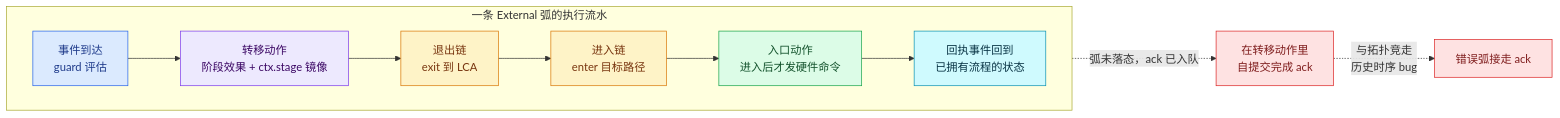
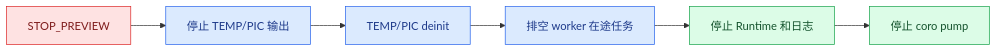
The second of 6 diagrams in docs/example_ISP_pipeline_design_architecture_zh.md (DeguiLiu/coact), drawn with Mermaid before and after one commit. The commit also changed other lines of this file and 8 other files, not shown here.

````diff
--- a/docs/example_ISP_pipeline_design_architecture_zh.md
+++ b/docs/example_ISP_pipeline_design_architecture_zh.md
@@ -344,16 +61,11 @@
 ```mermaid
 flowchart LR
-    subgraph TRANS["一条 External 弧的执行流水"]
-        direction LR
-        T1["事件到达<br/>guard 评估"]:::g --> T2["转移动作<br/>阶段效果 + ctx.stage 镜像"]:::a --> T3["退出链<br/>exit 到 LCA"]:::x --> T4["进入链<br/>enter 目标路径"]:::x --> T5["入口动作<br/>进入后才发硬件命令"]:::e --> T6["回执事件回到<br/>已拥有流程的状态"]:::r
-    end
-    BAD["在转移动作里<br/>自提交完成 ack"]:::bad
-    T2 -.->|"弧未落态，ack 已入队"| BAD
-    BAD -.->|"与拓扑竞走<br/>历史时序 bug"| RACE["错误弧接走 ack"]:::bad
-    classDef g fill:#dbeafe,stroke:#2563eb,color:#1e3a8a
-    classDef a fill:#ede9fe,stroke:#7c3aed,color:#3b0764
-    classDef x fill:#fef3c7,stroke:#d97706,color:#78350f
-    classDef e fill:#dcfce7,stroke:#16a34a,color:#14532d
-    classDef r fill:#cffafe,stroke:#0891b2,color:#083344
-    classDef bad fill:#fee2e2,stroke:#dc2626,color:#7f1d1d
+    A["STOP_PREVIEW"]:::cmd --> B["停止 TEMP/PIC 输出"]:::stage
+    B --> C["TEMP/PIC deinit"]:::stage
+    C --> D["排空 worker 在途任务"]:::stage
+    D --> E["停止 Runtime 和日志"]:::stop
+    E --> F["停止 coro pump"]:::stop
+    classDef cmd fill:#fee2e2,stroke:#dc2626,color:#7f1d1d
+    classDef stage fill:#dbeafe,stroke:#2563eb,color:#1e3a8a
+    classDef stop fill:#dcfce7,stroke:#16a34a,color:#14532d
 ```
````
